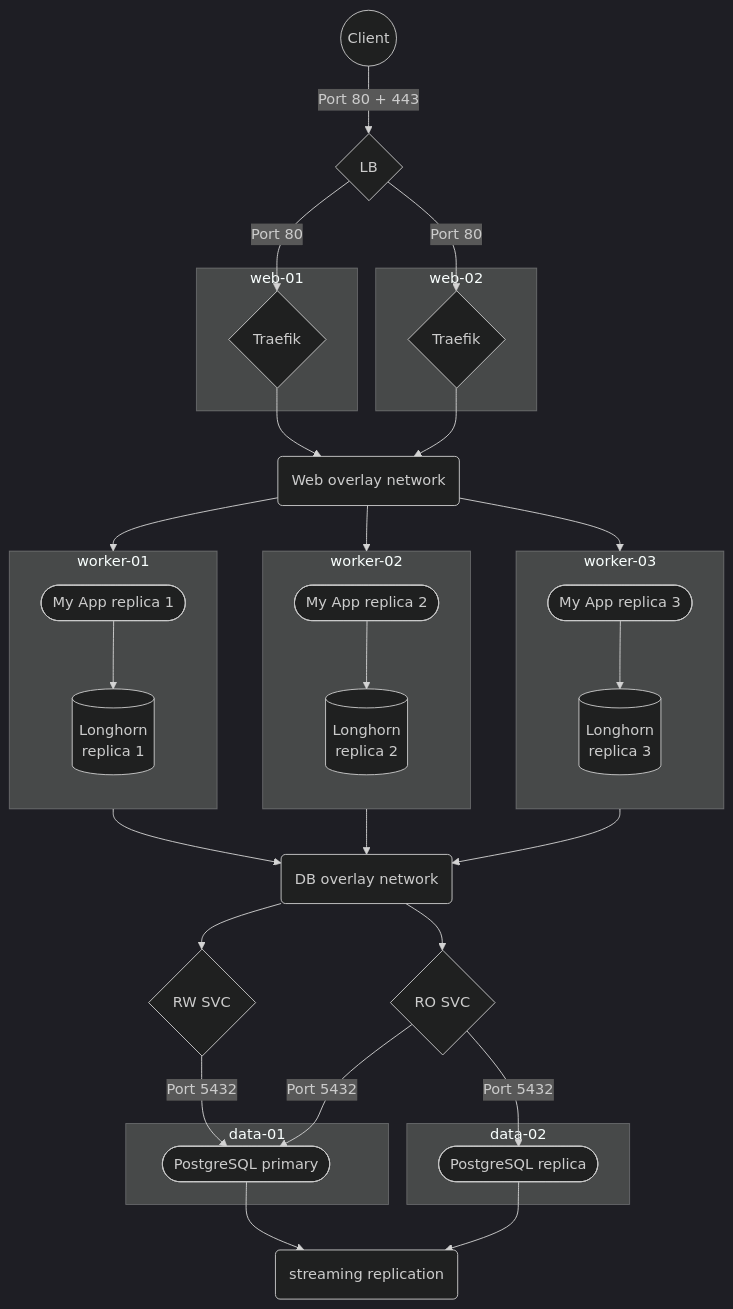
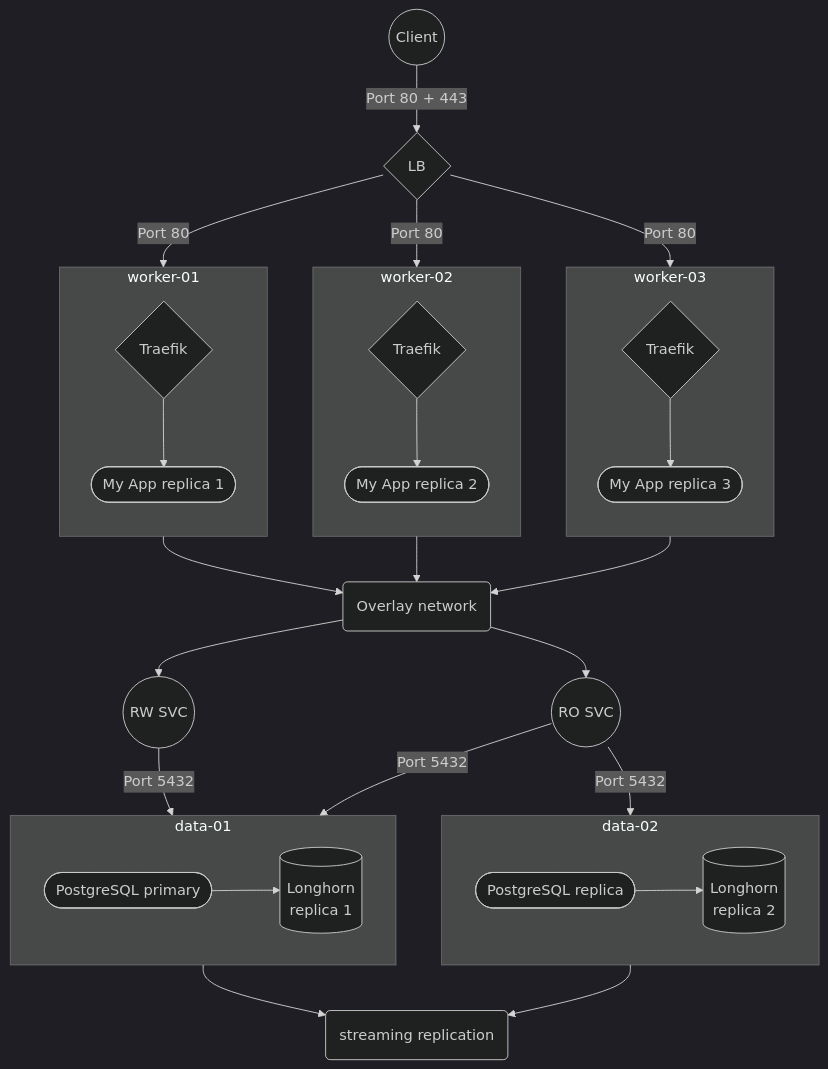
The second of 2 diagrams in README.md (okami101/terraform-hcloud-k3s), drawn with Mermaid (dark theme) before and after one commit. The commit also changed other lines of this file, not shown here.

Commit message:
simplified schema

````diff
--- a/README.md
+++ b/README.md
@@ -170,58 +173,51 @@
 ```mermaid
 flowchart TB
 client((Client))
 client -- Port 80 + 443 --> lb{LB}
 lb{LB}
-lb -- Port 80 --> traefik-01
-lb -- Port 80 --> traefik-02
-subgraph web-01
-  traefik-01{Traefik}
-end
-subgraph web-02
-  traefik-02{Traefik}
-end
-overlay-web(Web overlay network)
-traefik-01 --> overlay-web
-traefik-02 --> overlay-web
+lb -- Port 80 --> worker-01
+lb -- Port 80 --> worker-02
+lb -- Port 80 --> worker-03
 subgraph worker-01
   direction TB
+  traefik-01{Traefik}
   app-01([My App replica 1])
-  longhorn-01[(Longhorn<br>replica 1)]
-  app-01 --> longhorn-01
+  traefik-01 --> app-01
 end
 subgraph worker-02
   direction TB
+  traefik-02{Traefik}
   app-02([My App replica 2])
-  longhorn-02[(Longhorn<br>replica 2)]
-  app-02 --> longhorn-02
+  traefik-02 --> app-02
 end
 subgraph worker-03
   direction TB
+  traefik-03{Traefik}
   app-03([My App replica 3])
-  longhorn-03[(Longhorn<br>replica 3)]
-  app-03 --> longhorn-03
+  traefik-03 --> app-03
 end
-overlay-db(DB overlay network)
-overlay-web --> worker-01
-overlay-web --> worker-02
-overlay-web --> worker-03
-worker-01 --> overlay-db
-worker-02 --> overlay-db
-worker-03 --> overlay-db
-overlay-db --> db-rw
-overlay-db --> db-ro
-db-rw{RW SVC}
-db-rw -- Port 5432 --> pg-primary
-db-ro{RO SVC}
-db-ro -- Port 5432 --> pg-primary
-db-ro -- Port 5432 --> pg-replica
+overlay(Overlay network)
+worker-01 --> overlay
+worker-02 --> overlay
+worker-03 --> overlay
+overlay --> db-rw
+overlay --> db-ro
+db-rw((RW SVC))
+db-rw -- Port 5432 --> data-01
+db-ro((RO SVC))
+db-ro -- Port 5432 --> data-01
+db-ro -- Port 5432 --> data-02
 subgraph data-01
   pg-primary([PostgreSQL primary])
+  longhorn-01[(Longhorn<br>replica 1)]
+  pg-primary --> longhorn-01
 end
 subgraph data-02
   pg-replica([PostgreSQL replica])
+  longhorn-02[(Longhorn<br>replica 2)]
+  pg-replica --> longhorn-02
 end
 db-streaming(streaming replication)
-pg-primary --> db-streaming
-pg-replica --> db-streaming
+data-01 --> db-streaming
+data-02 --> db-streaming
 ```
````
